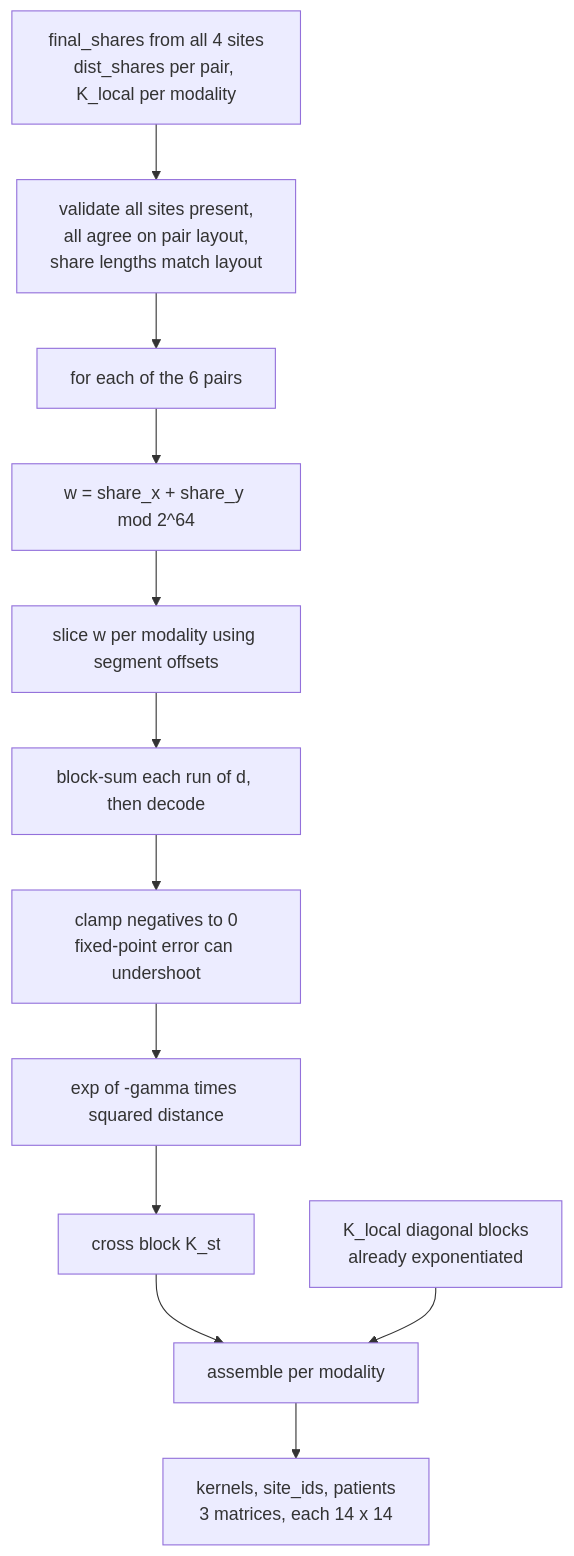
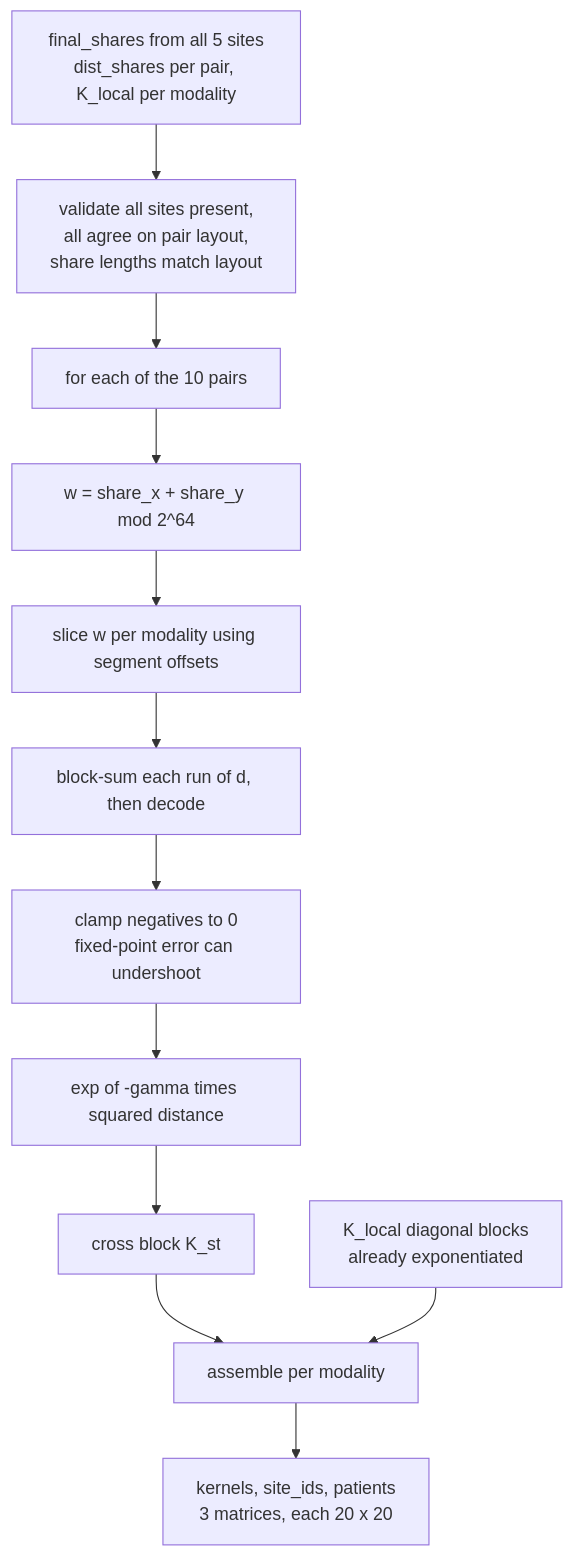
The sixth of 7 diagrams in secureDotProduct/MULTICOHORT_RBF_FLOW.md (PrivateAIM/secure-dot-product), drawn with Mermaid before and after one commit. The commit also changed other lines of this file and 1 other file, not shown here.

````diff
--- a/secureDotProduct/MULTICOHORT_RBF_FLOW.md
+++ b/secureDotProduct/MULTICOHORT_RBF_FLOW.md
@@ -232,17 +255,17 @@
 ```mermaid
 flowchart TB
-    IN[final_shares from all 4 sites<br/>dist_shares per pair, K_local per modality]
+    IN[final_shares from all 5 sites<br/>dist_shares per pair, K_local per modality]
     IN --> CHK[validate all sites present,<br/>all agree on pair layout,<br/>share lengths match layout]
 
-    CHK --> LOOP[for each of the 6 pairs]
+    CHK --> LOOP[for each of the 10 pairs]
     LOOP --> SUM[w = share_x + share_y mod 2^64]
     SUM --> SLICE[slice w per modality using segment offsets]
     SLICE --> BLK[block-sum each run of d, then decode]
     BLK --> CLAMP[clamp negatives to 0<br/>fixed-point error can undershoot]
     CLAMP --> EXP[exp of -gamma times squared distance]
     EXP --> CROSS[cross block K_st]
 
     CROSS --> ASM[assemble per modality]
     LOCAL[K_local diagonal blocks<br/>already exponentiated] --> ASM
-    ASM --> OUT[kernels, site_ids, patients<br/>3 matrices, each 14 x 14]
+    ASM --> OUT[kernels, site_ids, patients<br/>3 matrices, each 20 x 20]
 ```
````
